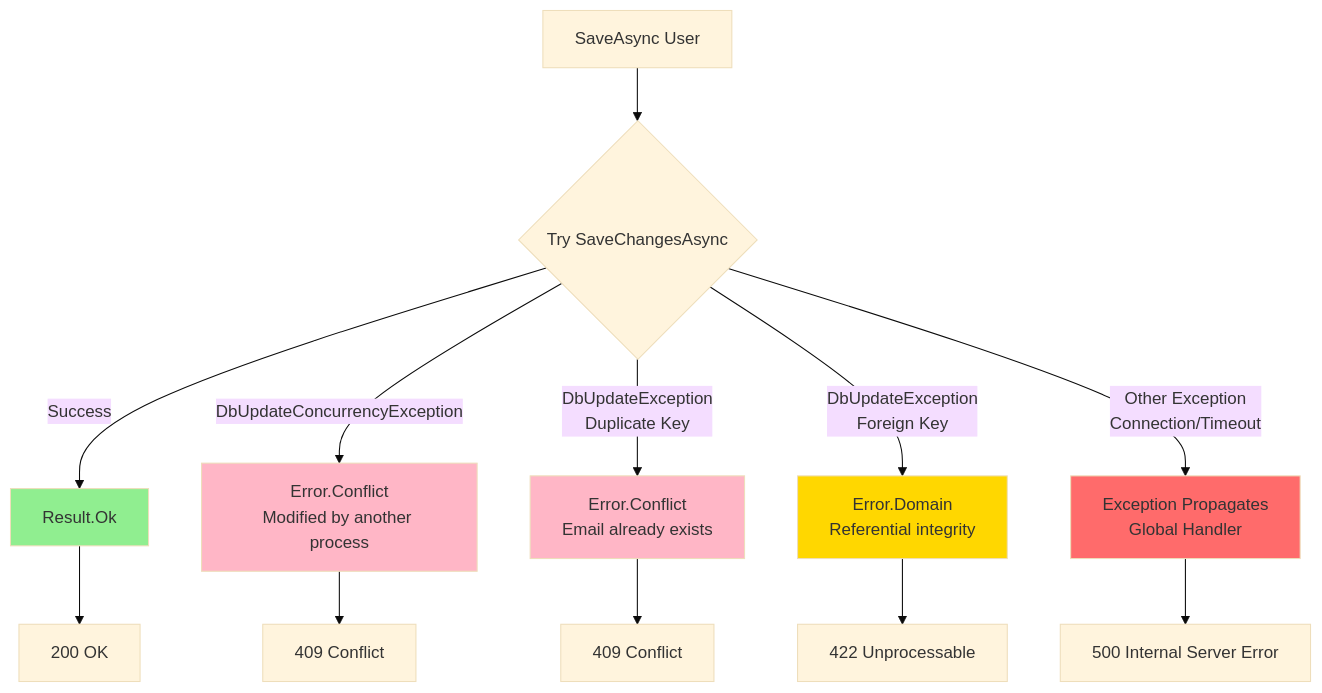
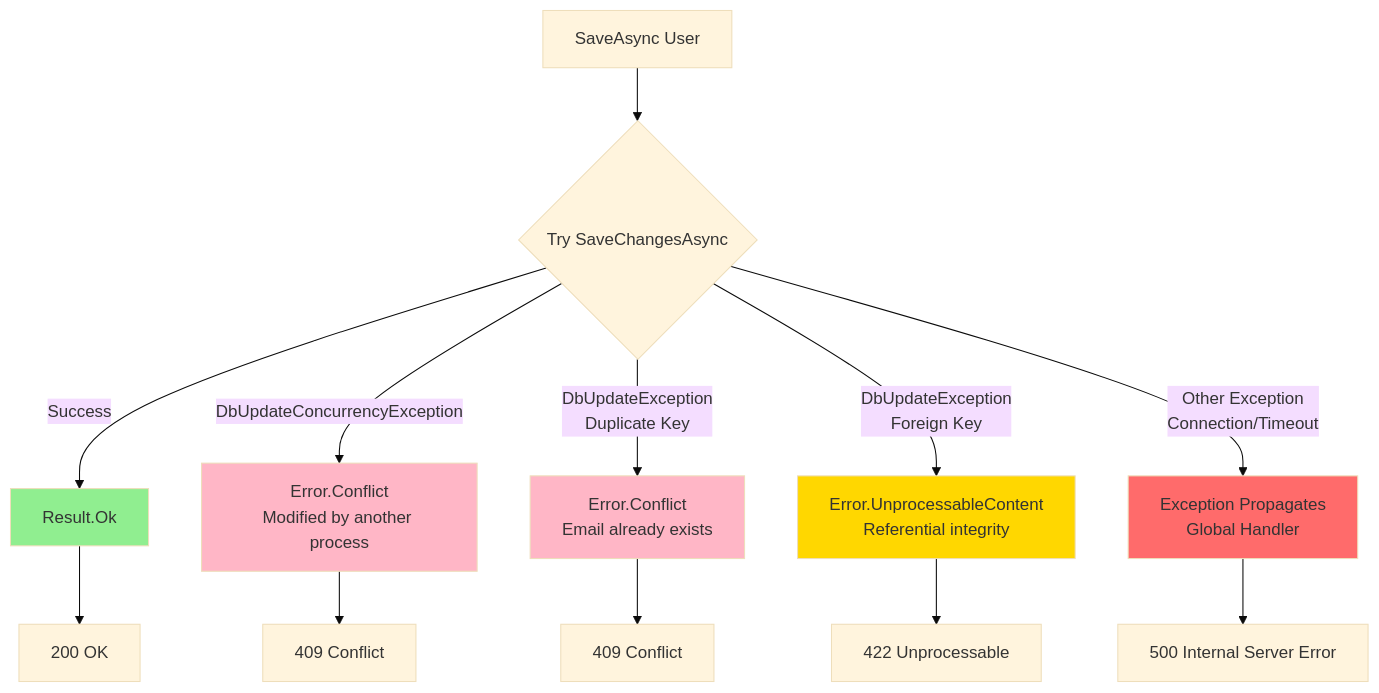
One commit to xavierjohn/Trellis changed the eighth of 18 diagrams in docs/DIAGRAMS.md. Above: the diagram before and after it, drawn with Mermaid (base theme). The commit also changed other lines of this file and 508 other files, not shown here.

````diff
--- a/docs/DIAGRAMS.md
+++ b/docs/DIAGRAMS.md
@@ -307,26 +307,26 @@
 ```mermaid
 flowchart TB
     START[SaveAsync User] --> TRY{Try SaveChangesAsync}
     
     TRY -->|Success| SUCCESS[Result.Ok]
     
     TRY -->|DbUpdateConcurrencyException| CONFLICT1[Error.Conflict<br/>Modified by another process]
     
     TRY -->|DbUpdateException<br/>Duplicate Key| CONFLICT2[Error.Conflict<br/>Email already exists]
     
-    TRY -->|DbUpdateException<br/>Foreign Key| DOMAIN[Error.Domain<br/>Referential integrity]
+    TRY -->|DbUpdateException<br/>Foreign Key| DOMAIN[Error.UnprocessableContent<br/>Referential integrity]
     
     TRY -->|Other Exception<br/>Connection/Timeout| PROPAGATE[Exception Propagates<br/>Global Handler]
     
     SUCCESS --> HTTP_200[200 OK]
     CONFLICT1 --> HTTP_409[409 Conflict]
     CONFLICT2 --> HTTP_409_2[409 Conflict]
     DOMAIN --> HTTP_422[422 Unprocessable]
     PROPAGATE --> HTTP_500[500 Internal Server Error]
     
     style SUCCESS fill:#90EE90
     style CONFLICT1 fill:#FFB6C6
     style CONFLICT2 fill:#FFB6C6
     style DOMAIN fill:#FFD700
     style PROPAGATE fill:#FF6B6B
 ```
````
